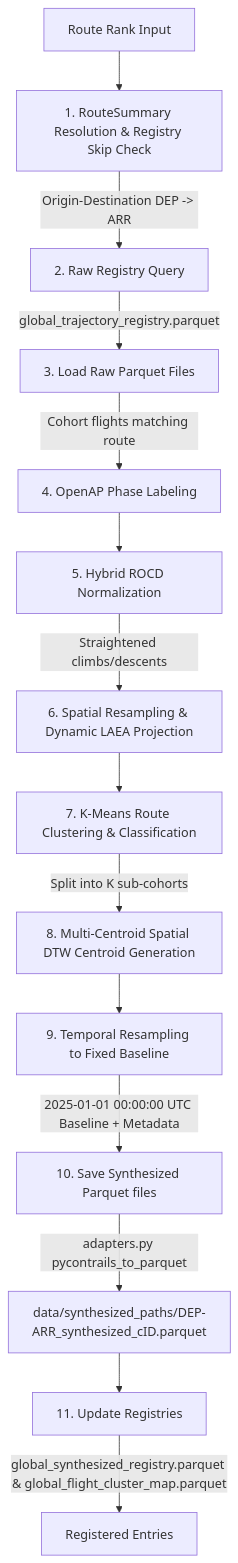
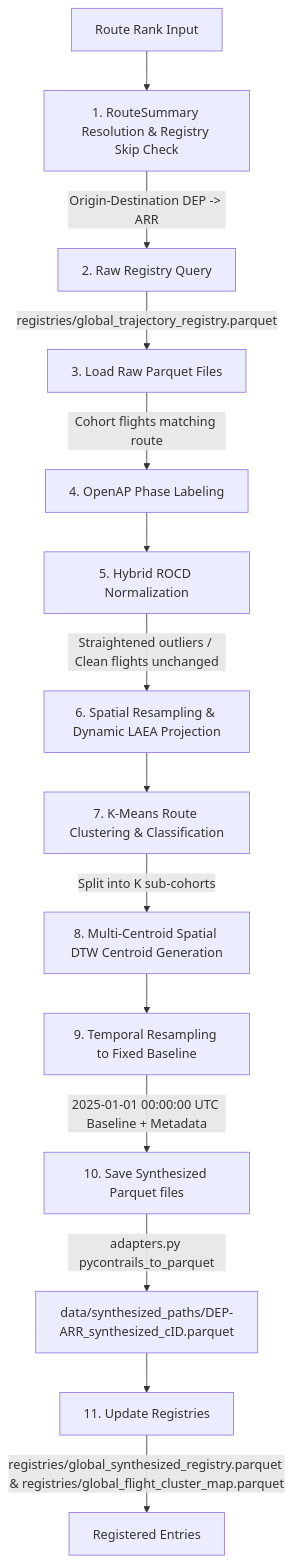
One commit to Bauzement123/flight-physics-pipeline changed the diagram in src/synthesis/README.md. Above: the diagram before and after it, drawn with Mermaid. The commit also changed other lines of this file and 27 other files, not shown here.

````diff
--- a/src/synthesis/README.md
+++ b/src/synthesis/README.md
@@ -79,16 +79,16 @@
 ```mermaid
 graph TD
     A[Route Rank Input] --> B[1. RouteSummary Resolution & Registry Skip Check]
     B -->|Origin-Destination DEP -> ARR| C[2. Raw Registry Query]
-    C -->|global_trajectory_registry.parquet| D[3. Load Raw Parquet Files]
+    C -->|registries/global_trajectory_registry.parquet| D[3. Load Raw Parquet Files]
     D -->|Cohort flights matching route| E[4. OpenAP Phase Labeling]
     E --> F[5. Hybrid ROCD Normalization]
-    F -->|Straightened climbs/descents| G[6. Spatial Resampling & Dynamic LAEA Projection]
+    F -->|Straightened outliers / Clean flights unchanged| G[6. Spatial Resampling & Dynamic LAEA Projection]
     G --> H[7. K-Means Route Clustering & Classification]
     H -->|Split into K sub-cohorts| I[8. Multi-Centroid Spatial DTW Centroid Generation]
     I --> J[9. Temporal Resampling to Fixed Baseline]
     J -->|2025-01-01 00:00:00 UTC Baseline + Metadata| K[10. Save Synthesized Parquet files]
     K -->|adapters.py pycontrails_to_parquet| L[data/synthesized_paths/DEP-ARR_synthesized_cID.parquet]
     L --> M[11. Update Registries]
-    M -->|global_synthesized_registry.parquet & global_flight_cluster_map.parquet| N[Registered Entries]
+    M -->|registries/global_synthesized_registry.parquet & registries/global_flight_cluster_map.parquet| N[Registered Entries]
 ```
````
